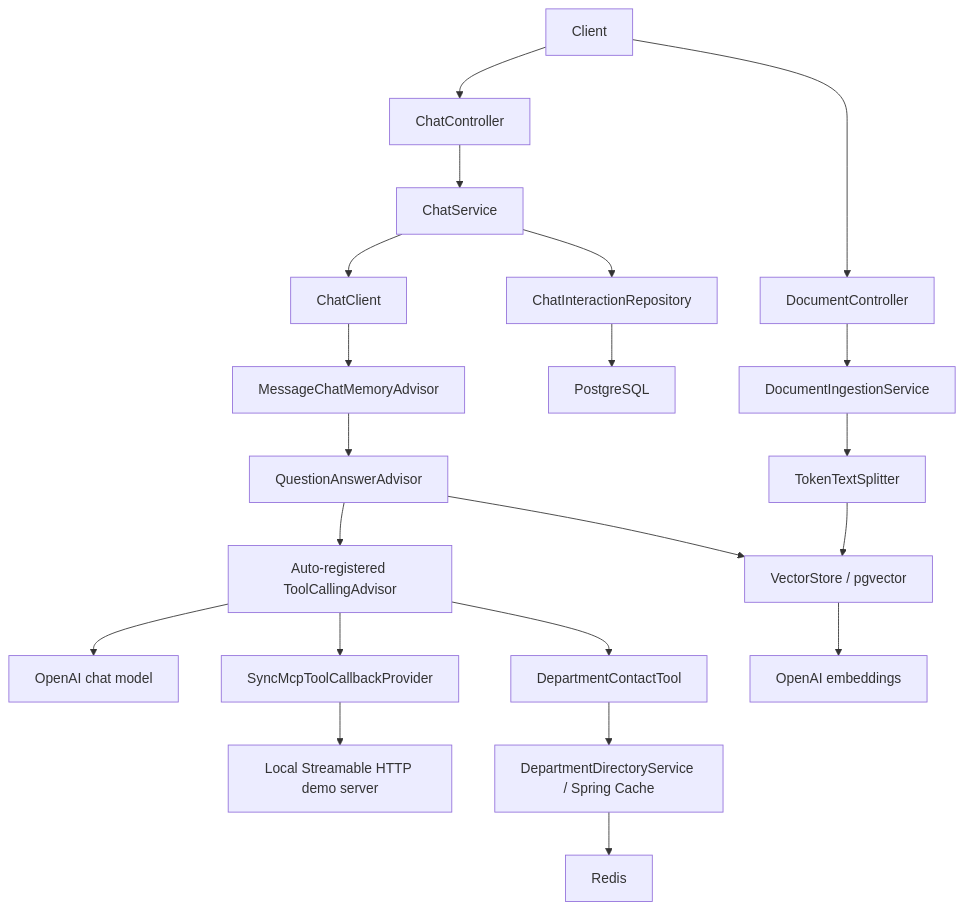
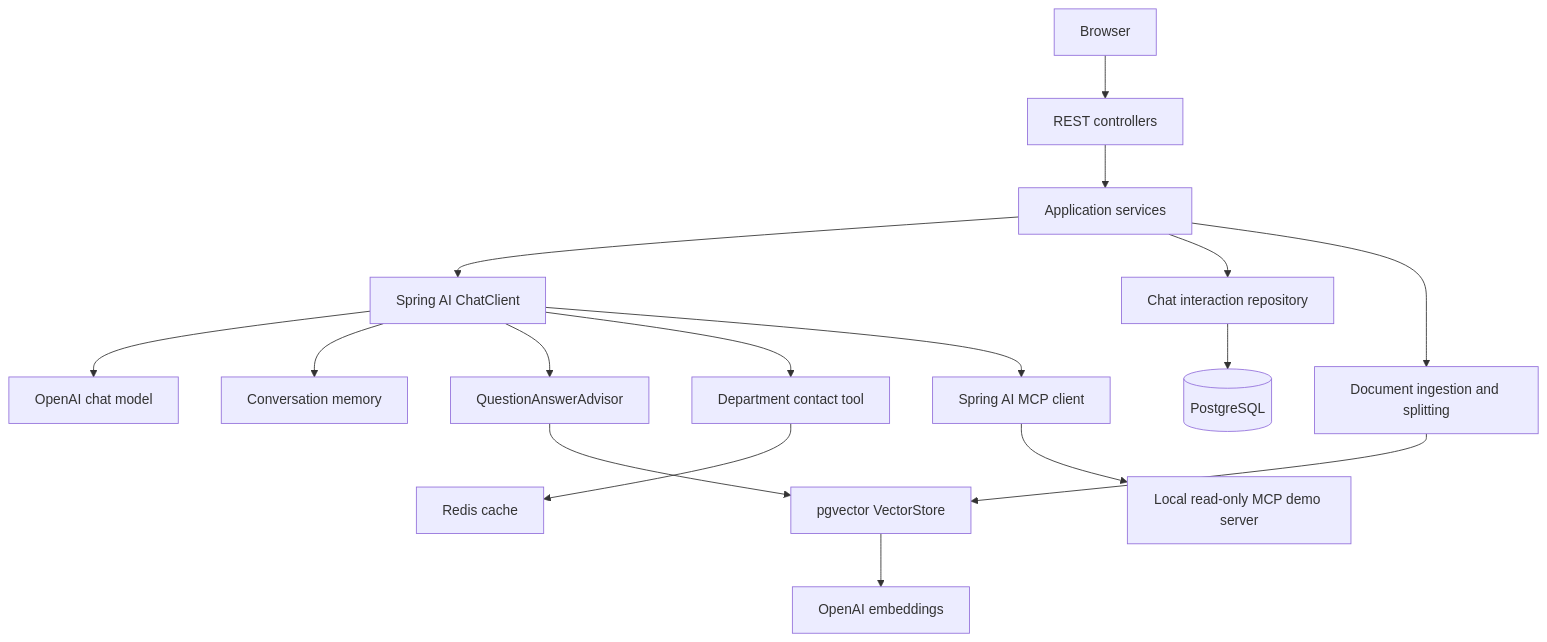
Before and after one commit to Samrith-026/enterprise-ai-assistant: the diagram in README.md, drawn with Mermaid. The commit also changed other lines of this file and 3 other files, not shown here.

Commit message:
Simplify MCP client wiring

````diff
--- a/README.md
+++ b/README.md
@@ -9,20 +9,19 @@
 ```mermaid
 flowchart TD
-    Client --> ChatController --> ChatService --> ChatClient
-    ChatClient --> Memory[MessageChatMemoryAdvisor]
-    Memory --> RAG[QuestionAnswerAdvisor]
-    RAG --> Vectors[VectorStore / pgvector]
-    RAG --> Tools[Auto-registered ToolCallingAdvisor]
-    Tools --> OpenAI[OpenAI chat model]
-    Tools --> Contact[DepartmentContactTool]
-    Tools --> McpProvider[SyncMcpToolCallbackProvider]
-    McpProvider --> DemoMcp[Local Streamable HTTP demo server]
-    Contact --> Directory[DepartmentDirectoryService / Spring Cache]
-    Directory --> Redis
-    ChatService --> Repository[ChatInteractionRepository]
-    Repository --> PostgreSQL
-    Client --> DocumentController --> Ingestion[DocumentIngestionService]
-    Ingestion --> Splitter[TokenTextSplitter]
-    Splitter --> Vectors
+    Browser --> Controllers[REST controllers]
+    Controllers --> Services[Application services]
+    Services --> ChatClient[Spring AI ChatClient]
+    ChatClient --> OpenAI[OpenAI chat model]
+    ChatClient --> Memory[Conversation memory]
+    ChatClient --> RAG[QuestionAnswerAdvisor]
+    RAG --> Vectors[pgvector VectorStore]
+    ChatClient --> JavaTool[Department contact tool]
+    JavaTool --> Redis[Redis cache]
+    ChatClient --> McpClient[Spring AI MCP client]
+    McpClient --> DemoMcp[Local read-only MCP demo server]
+    Services --> JPA[Chat interaction repository]
+    JPA --> PostgreSQL[(PostgreSQL)]
+    Services --> Ingestion[Document ingestion and splitting]
+    Ingestion --> Vectors
     Vectors --> Embeddings[OpenAI embeddings]
 ```
````
